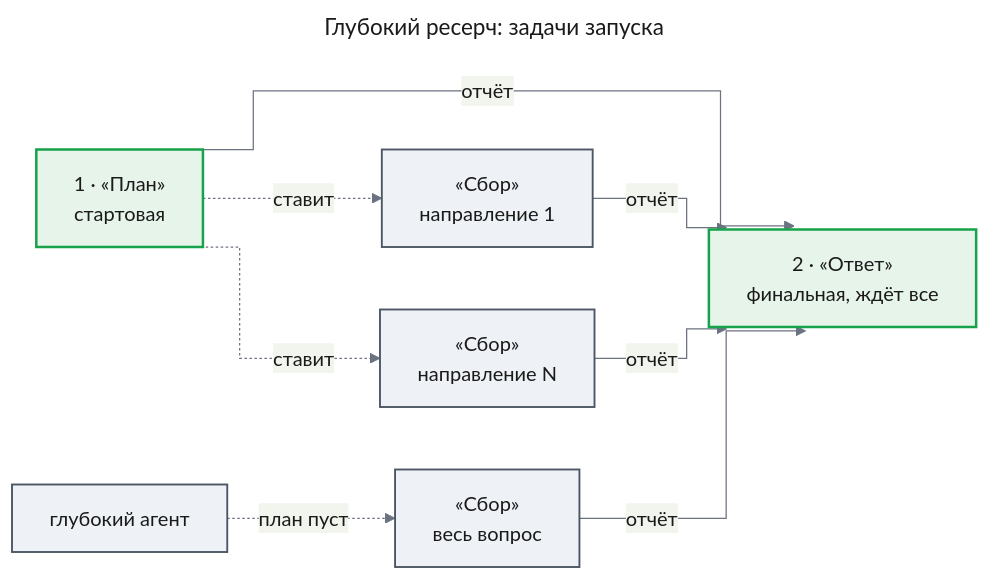
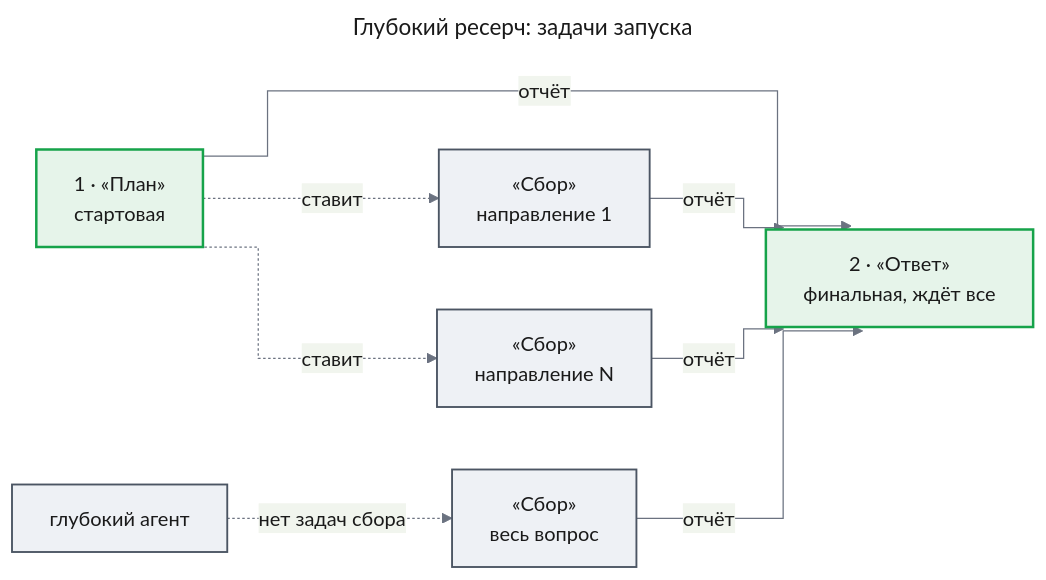
Before and after one commit to tundraray/agent-os: the first of 4 diagrams in docs/features/deep-agents/design-flows.md, drawn with Mermaid. The commit also changed other lines of this file and 1 other file, not shown here.

Commit message:
docs(deep-agents): start tasks without the lead's model call, drop the brief flow

````diff
--- a/docs/features/deep-agents/design-flows.md
+++ b/docs/features/deep-agents/design-flows.md
@@ -161,33 +134,33 @@
 ```mermaid
 ---
 title: "Глубокий ресерч: задачи запуска"
 config:
   theme: base
   look: classic
   themeVariables:
     primaryColor: "#eef1f5"
     primaryBorderColor: "#4b5563"
     primaryTextColor: "#1a1a1a"
     lineColor: "#6b7280"
   flowchart:
     curve: step
 ---
 flowchart LR
     plan["1 · «План»<br/>стартовая"]
     deep["глубокий агент"]
     g1["«Сбор»<br/>направление 1"]
     gn["«Сбор»<br/>направление N"]
     gAll["«Сбор»<br/>весь вопрос"]
     ans["2 · «Ответ»<br/>финальная, ждёт все"]
     plan -.->|"ставит"| g1
     plan -.->|"ставит"| gn
-    deep -.->|"план пуст"| gAll
+    deep -.->|"нет задач сбора"| gAll
     plan -->|"отчёт"| ans
     g1 -->|"отчёт"| ans
     gn -->|"отчёт"| ans
     gAll -->|"отчёт"| ans
     classDef new fill:#e6f4ea,stroke:#16a34a,stroke-width:2px,color:#1a1a1a
     classDef unchanged fill:#eef1f5,stroke:#4b5563,stroke-width:1.5px,color:#1a1a1a
     class plan,ans new
     class deep,g1,gn,gAll unchanged
 ```
````
